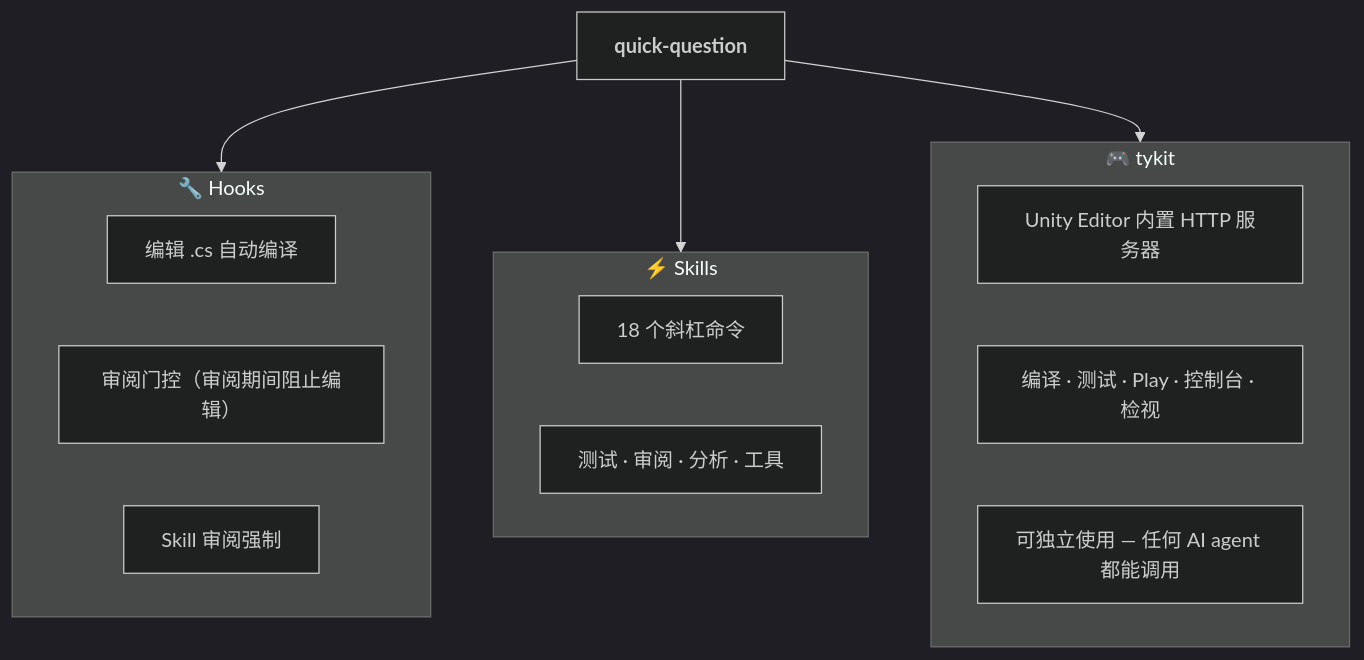
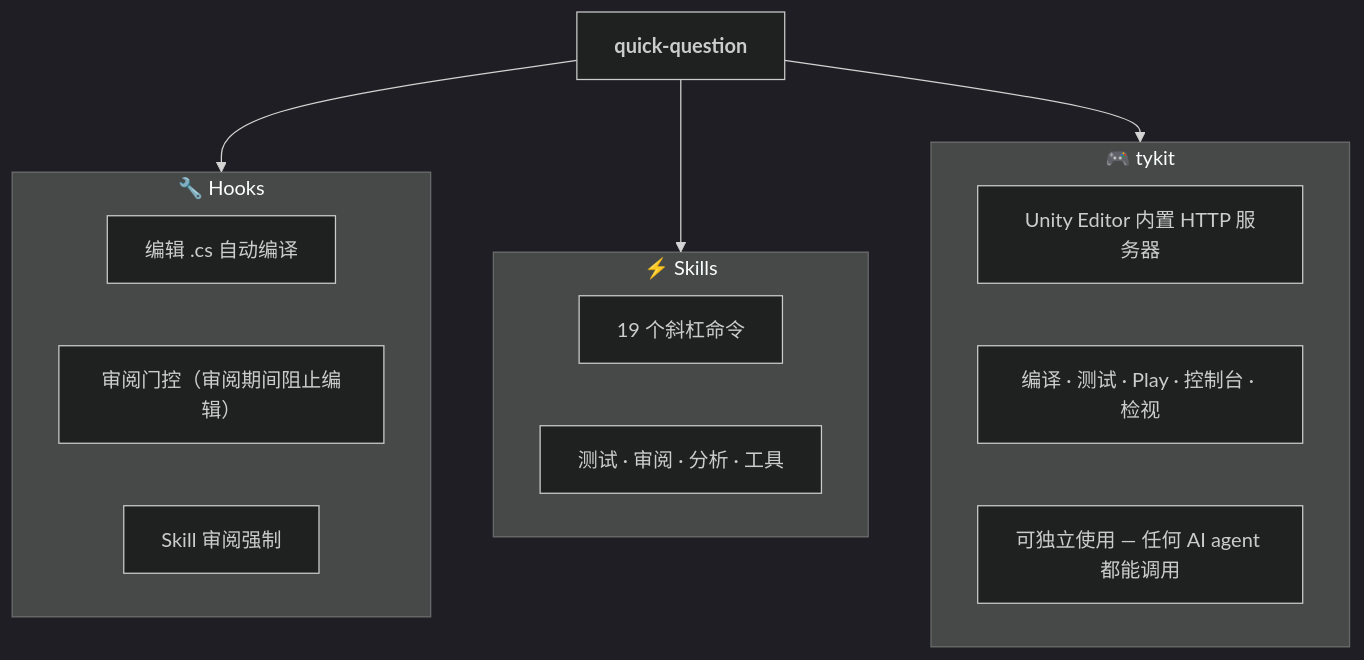
The seventh of 11 diagrams in README.md (brandonle7116/quick-question), drawn with Mermaid (dark theme) before and after one commit. The commit also changed other lines of this file and 2 other files, not shown here.

````diff
--- a/README.md
+++ b/README.md
@@ -686,25 +687,25 @@
 ```mermaid
 flowchart TB
     QQ["<b>quick-question</b>"]
 
     subgraph H["🔧 Hooks"]
         H1["编辑 .cs 自动编译"]
         H2["审阅门控（审阅期间阻止编辑）"]
         H3["Skill 审阅强制"]
     end
 
     subgraph S["⚡ Skills"]
-        S1["18 个斜杠命令"]
+        S1["19 个斜杠命令"]
         S2["测试 · 审阅 · 分析 · 工具"]
     end
 
     subgraph T["🎮 tykit"]
         T1["Unity Editor 内置 HTTP 服务器"]
         T2["编译 · 测试 · Play · 控制台 · 检视"]
         T3["可独立使用 — 任何 AI agent 都能调用"]
     end
 
     QQ --> H
     QQ --> S
     QQ --> T
 ```
````
